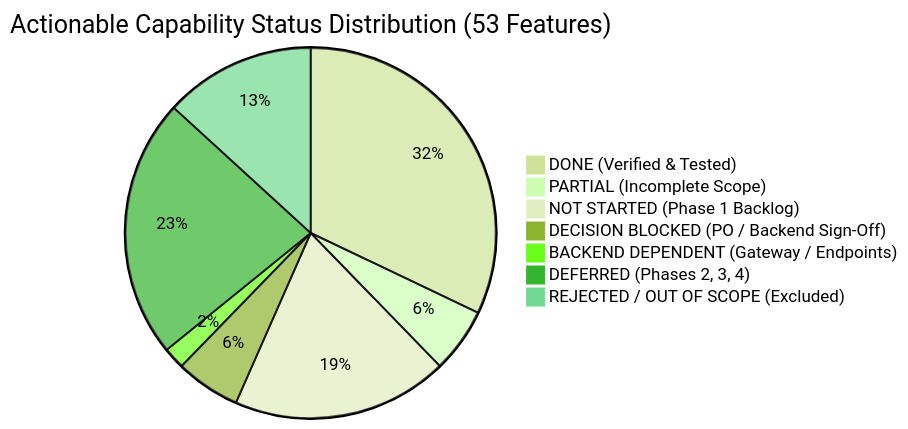
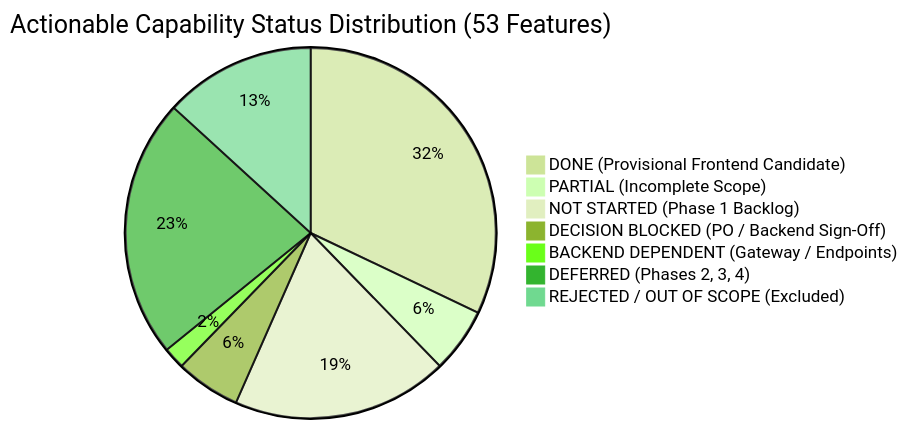
The first of 2 diagrams in docs/04-implementation/sonder-frontend-completion-tracker.md (Samudra-Bose/sonder), drawn with Mermaid (forest theme) before and after one commit. The commit also changed other lines of this file and 1 other file, not shown here.

Commit message:
docs(audit): VS-09.0 delineate frontend scope vs backend acceptance and reconcile entity hierarchy

````diff
--- a/docs/04-implementation/sonder-frontend-completion-tracker.md
+++ b/docs/04-implementation/sonder-frontend-completion-tracker.md
@@ -62,10 +82,10 @@
 ```mermaid
 pie title Actionable Capability Status Distribution (53 Features)
-    "DONE (Verified & Tested)" : 17
+    "DONE (Provisional Frontend Candidate)" : 17
     "PARTIAL (Incomplete Scope)" : 3
     "NOT STARTED (Phase 1 Backlog)" : 10
     "DECISION BLOCKED (PO / Backend Sign-Off)" : 3
     "BACKEND DEPENDENT (Gateway / Endpoints)" : 1
     "DEFERRED (Phases 2, 3, 4)" : 12
     "REJECTED / OUT OF SCOPE (Excluded)" : 7
 ```
````
